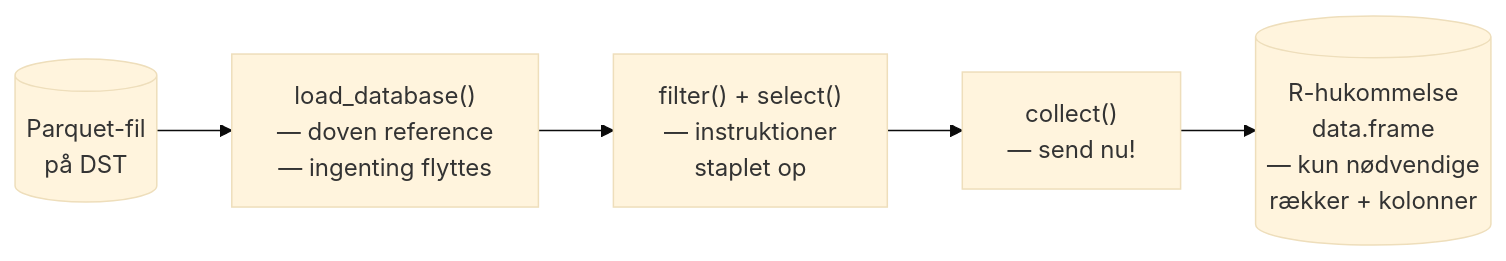
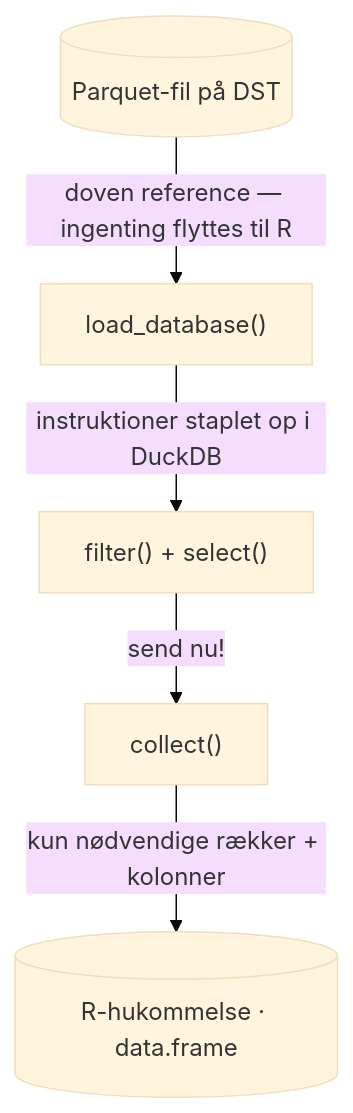
The first of 3 diagrams in docs/getting-started-dst.qmd (saras-clin/BSDemens), drawn with Mermaid (base theme) before and after one commit.

Commit message:
Switch lazy-eval diagram to TD layout, fix \n rendering

````diff
--- a/docs/getting-started-dst.qmd
+++ b/docs/getting-started-dst.qmd
@@ -181,10 +181,13 @@
 ```{mermaid}
-flowchart LR
-    P[("Parquet-fil\npå DST")]
-    A["load_database()\n— doven reference\n— ingenting flyttes"]
-    B["filter() + select()\n— instruktioner\n  staplet op"]
-    C["collect()\n— send nu!"]
-    R[("R-hukommelse\ndata.frame\n— kun nødvendige\n  rækker + kolonner")]
+flowchart TD
+    P[("Parquet-fil på DST")]
+    L["load_database()"]
+    F["filter() + select()"]
+    C["collect()"]
+    R[("R-hukommelse · data.frame")]
 
-    P --> A --> B --> C --> R
+    P -->|"doven reference — ingenting flyttes til R"| L
+    L -->|"instruktioner staplet op i DuckDB"| F
+    F -->|"send nu!"| C
+    C -->|"kun nødvendige rækker + kolonner"| R
 ```
````
